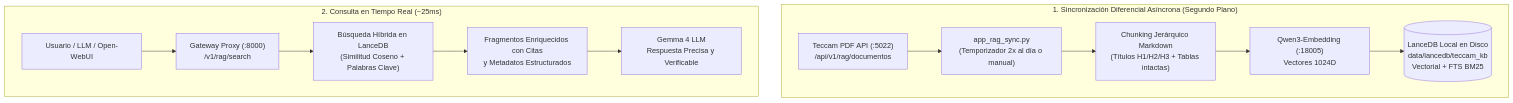
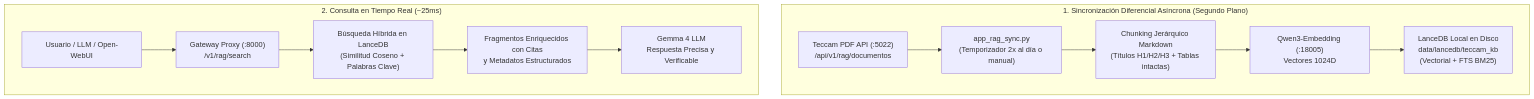
One commit to JoseLVillaronga/tech-vllm changed the diagram in README.md. Above: the diagram before and after it, drawn with Mermaid. The commit also changed other lines of this file and 4 other files, not shown here.

First line of the commit message:
fix(docs): reparar renderizado de diagrama Mermaid en GitHub y sanear enlaces absolutos

````diff
--- a/README.md
+++ b/README.md
@@ -624,16 +624,16 @@
 ```mermaid
-graph TD
-    subgraph "1. Sincronización Diferencial Asíncrona (Segundo Plano)"
+flowchart TD
+    subgraph SYNC ["1. Sincronización Diferencial Asíncrona (Segundo Plano)"]
         TPDF["Teccam PDF API (:5022)<br>/api/v1/rag/documentos"] --> Sync["app_rag_sync.py<br>(Temporizador 2x al día o manual)"]
         Sync --> Chunker["Chunking Jerárquico Markdown<br>(Títulos H1/H2/H3 + Tablas intactas)"]
         Chunker --> Embed["Qwen3-Embedding (:18005)<br>Vectores 1024D"]
-        Embed --> LDB[("LanceDB Local en Disco<br>data/lancedb/teccam_kb<br>Vectorial + FTS BM25")]
+        Embed --> LDB["LanceDB Local en Disco<br>data/lancedb/teccam_kb<br>(Vectorial + FTS BM25)"]
     end
 
-    subgraph "2. Consulta en Tiempo Real (~25ms)"
+    subgraph QUERY ["2. Consulta en Tiempo Real (~25ms)"]
         User["Usuario / LLM / Open-WebUI"] --> Gate["Gateway Proxy (:8000)<br>/v1/rag/search"]
         Gate --> Search["Búsqueda Híbrida en LanceDB<br>(Similitud Coseno + Palabras Clave)"]
         Search --> Context["Fragmentos Enriquecidos con Citas<br>y Metadatos Estructurados"]
         Context --> Gemma["Gemma 4 LLM<br>Respuesta Precisa y Verificable"]
     end
 ```
````
